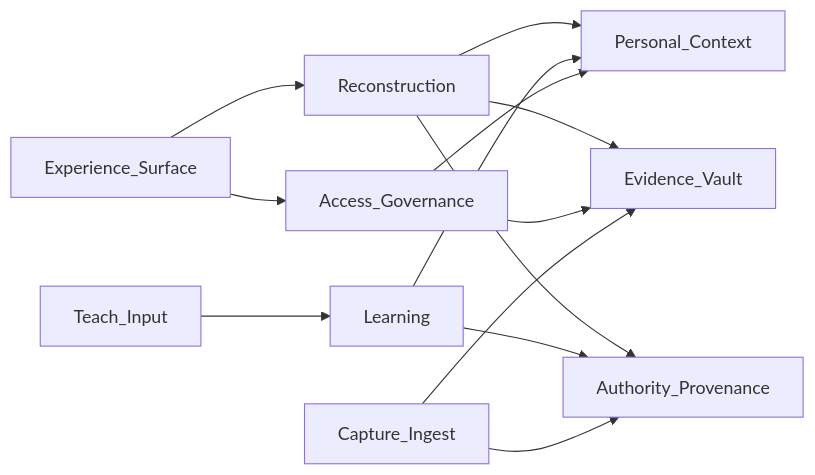
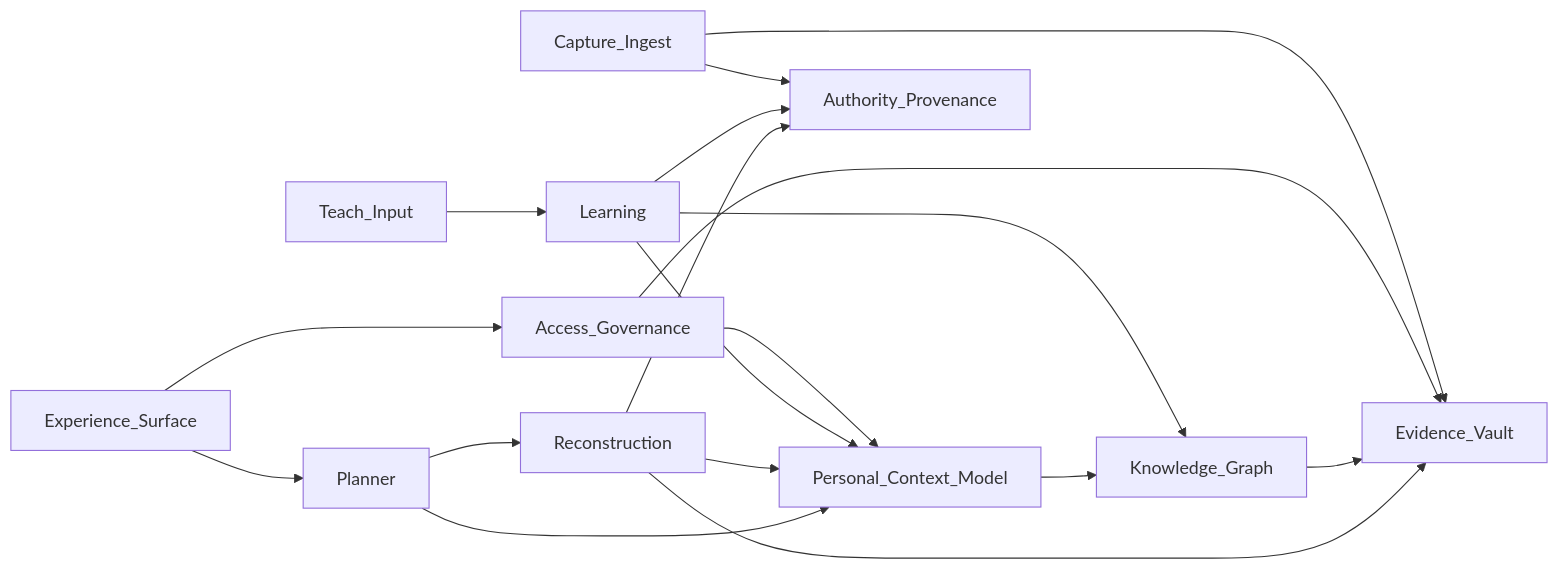
One commit to swill010101/MemoryBox-Gmail-Prototype changed the second of 5 diagrams in docs/architecture/MBAR-001 Memory Box System Architecture.md. Above: the diagram before and after it, drawn with Mermaid. The commit also changed other lines of this file and 2 other files, not shown here.

First line of the commit message:
Revise MBAR-001 v0.2: Reconstruction, loops, Personal Context.

````diff
--- a/docs/architecture/MBAR-001 Memory Box System Architecture.md
+++ b/docs/architecture/MBAR-001 Memory Box System Architecture.md
@@ -130,22 +159,29 @@
 ```mermaid
 flowchart LR
   EXP[Experience_Surface]
+  PLN[Planner]
   REC[Reconstruction]
-  CTX[Personal_Context]
+  PCM[Personal_Context_Model]
+  KG[Knowledge_Graph]
   EV[Evidence_Vault]
   LR[Learning]
   AUTH[Authority_Provenance]
   GOV[Access_Governance]
-  EXP --> REC
-  REC --> CTX
+  EXP --> PLN
+  PLN --> PCM
+  PLN --> REC
+  REC --> PCM
   REC --> EV
   REC --> AUTH
-  LR --> CTX
+  PCM --> KG
+  KG --> EV
+  LR --> PCM
+  LR --> KG
   LR --> AUTH
   EXP --> GOV
   GOV --> EV
-  GOV --> CTX
+  GOV --> PCM
   Capture[Capture_Ingest] --> EV
   Capture --> AUTH
   Teach[Teach_Input] --> LR
 ```
````
